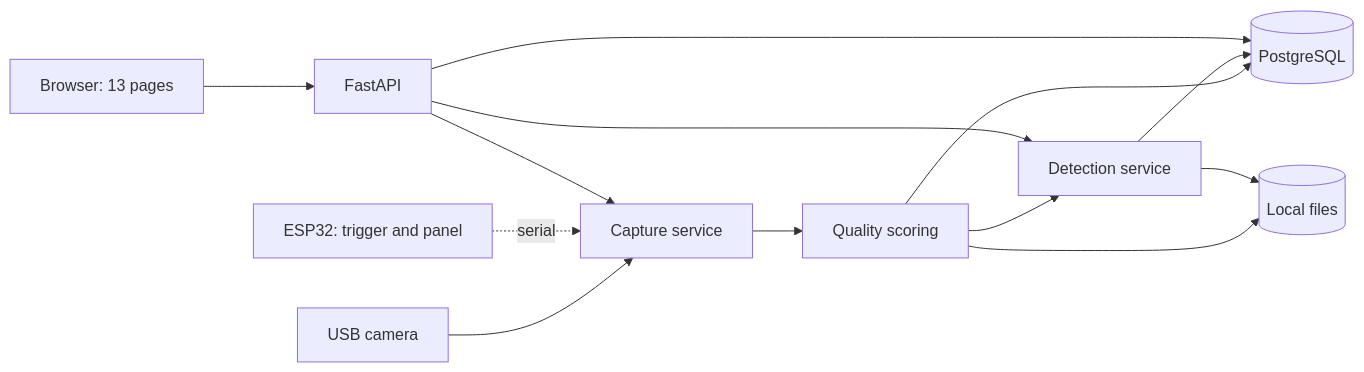
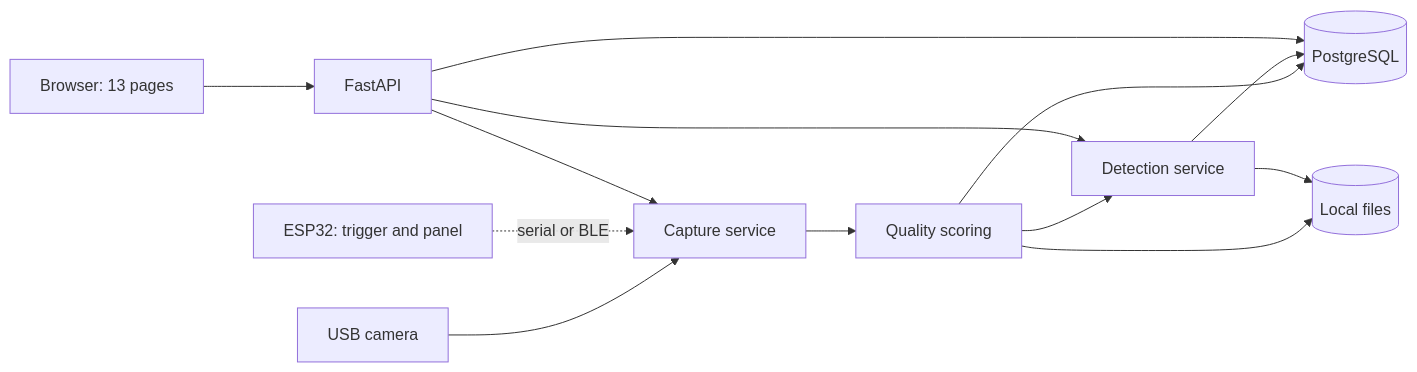
The first of 2 diagrams in docs/architecture-en.md (FrozenYty/aquavision), drawn with Mermaid before and after one commit. The commit also changed other lines of this file and 33 other files, not shown here.

````diff
--- a/docs/architecture-en.md
+++ b/docs/architecture-en.md
@@ -20,15 +20,15 @@
 ```mermaid
 flowchart LR
     CAM[USB camera] --> CAP[Capture service]
-    MCU[ESP32: trigger and panel] -. serial .-> CAP
+    MCU[ESP32: trigger and panel] -. serial or BLE .-> CAP
     CAP --> Q[Quality scoring]
     Q --> DB[(PostgreSQL)]
     Q --> FS[(Local files)]
     Q --> DET[Detection service]
     DET --> DB
     DET --> FS
     WEB[Browser: 13 pages] --> API[FastAPI]
     API --> CAP
     API --> DET
     API --> DB
 ```
````
